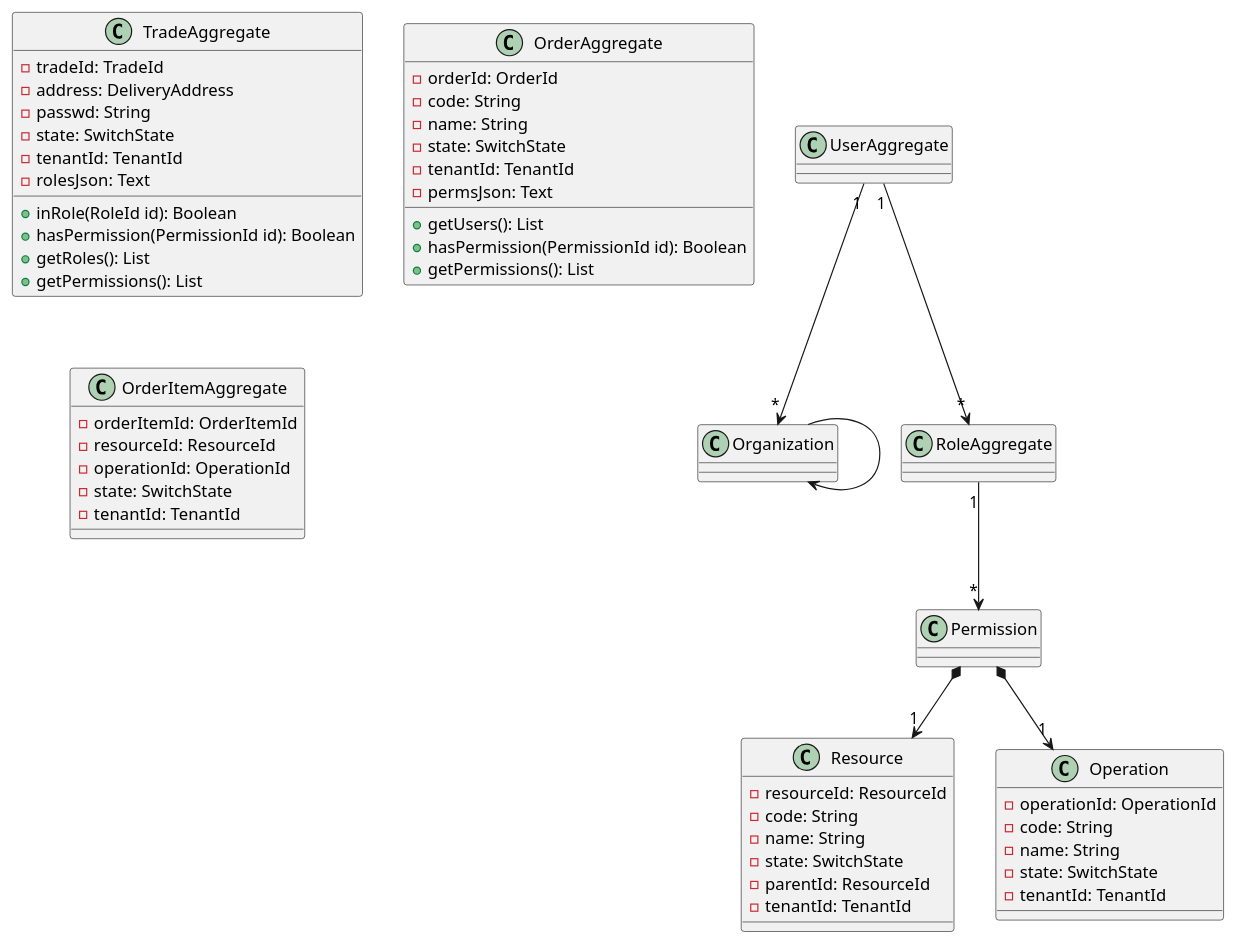
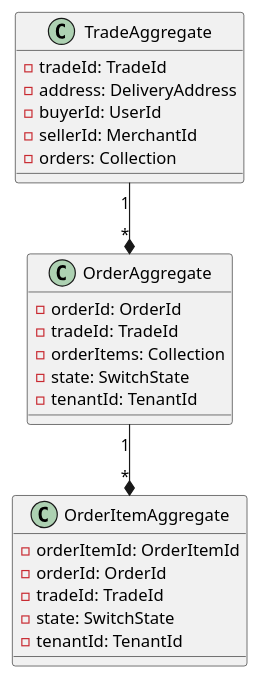
Before and after one commit to xgyb12458/dm-platform: the diagram in documents/dm-order/order_cls_core.puml, drawn with PlantUML. The commit also changed 77 other files, not shown here.

```diff
--- a/documents/dm-order/order_cls_core.puml
+++ b/documents/dm-order/order_cls_core.puml
@@ -1,76 +1,28 @@
 @startuml 订单管理
 
 class TradeAggregate {
     - tradeId: TradeId
     - address: DeliveryAddress
-    - passwd: String
-    - state: SwitchState
-    - tenantId: TenantId
-    - rolesJson: Text
-'    - createdAt: Long
-'    - updatedAt: Long
-'    - createdBy: UserId
-'    - updatedBy: UserId
-    + inRole(RoleId id): Boolean
-    + hasPermission(PermissionId id): Boolean
-    + getRoles(): List
-    + getPermissions(): List
+    - buyerId: UserId
+    - sellerId: MerchantId
+    - orders: Collection
 }
 class OrderAggregate {
     - orderId: OrderId
-    - code: String
-    - name: String
+    - tradeId: TradeId
+    - orderItems: Collection
     - state: SwitchState
     - tenantId: TenantId
-    - permsJson: Text
-'    - createdAt: Long
-'    - updatedAt: Long
-'    - createdBy: UserId
-'    - updatedBy: UserId
-    + getUsers(): List
-    + hasPermission(PermissionId id): Boolean
-    + getPermissions(): List
 }
 class OrderItemAggregate {
     - orderItemId: OrderItemId
-    - resourceId: ResourceId
-    - operationId: OperationId
+    - orderId: OrderId
+    - tradeId: TradeId
     - state: SwitchState
     - tenantId: TenantId
-'    - createdAt: Long
-'    - updatedAt: Long
-'    - createdBy: UserId
-'    - updatedBy: UserId
-}
-class Resource {
-    - resourceId: ResourceId
-    - code: String
-    - name: String
-    - state: SwitchState
-    - parentId: ResourceId
-    - tenantId: TenantId
-'    - createdAt: Long
-'    - updatedAt: Long
-'    - createdBy: UserId
-'    - updatedBy: UserId
-}
-class Operation {
-    - operationId: OperationId
-    - code: String
-    - name: String
-    - state: SwitchState
-    - tenantId: TenantId
-'    - createdAt: Long
-'    - updatedAt: Long
-'    - createdBy: UserId
-'    - updatedBy: UserId
 }
 
-Organization --> Organization
-UserAggregate "1"-->"*" Organization
-UserAggregate "1"-->"*" RoleAggregate
-RoleAggregate "1"-->"*" Permission
-Permission *-->"1" Resource
-Permission *-->"1" Operation
+TradeAggregate "1"--*"*" OrderAggregate
+OrderAggregate "1"--*"*" OrderItemAggregate
 
 @enduml
```
